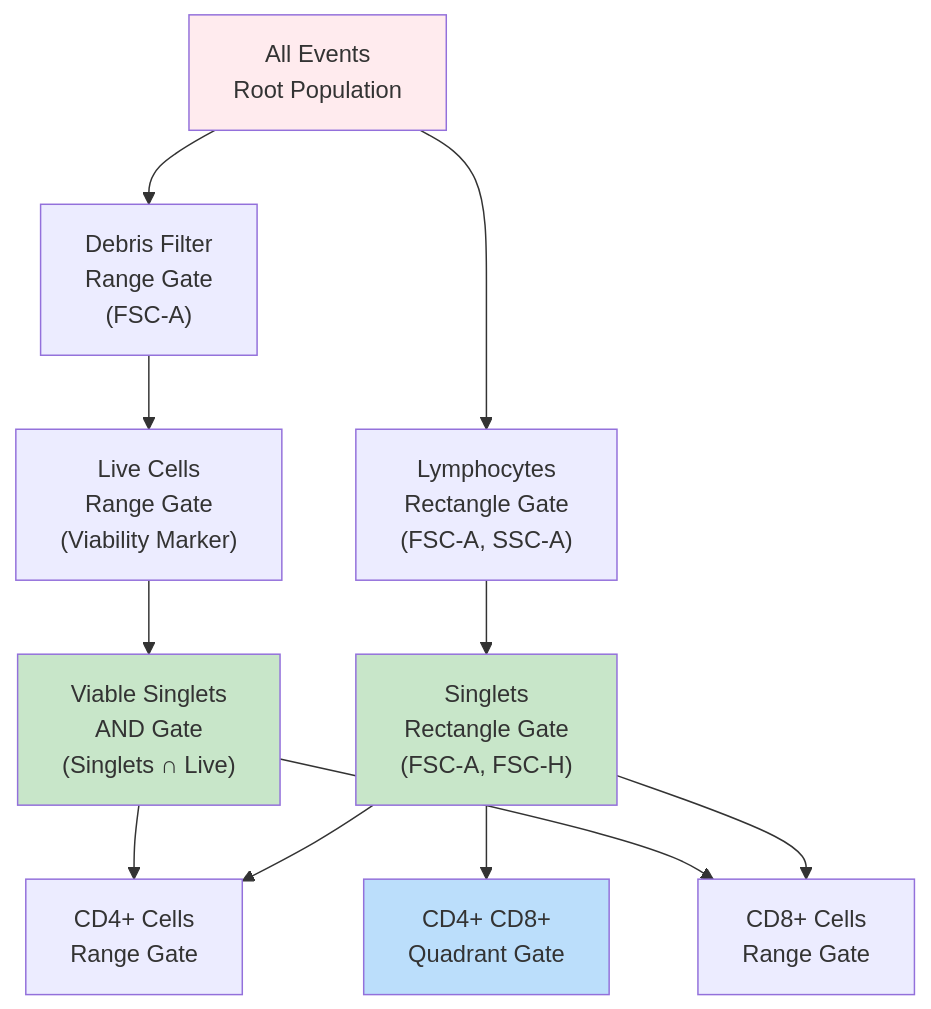
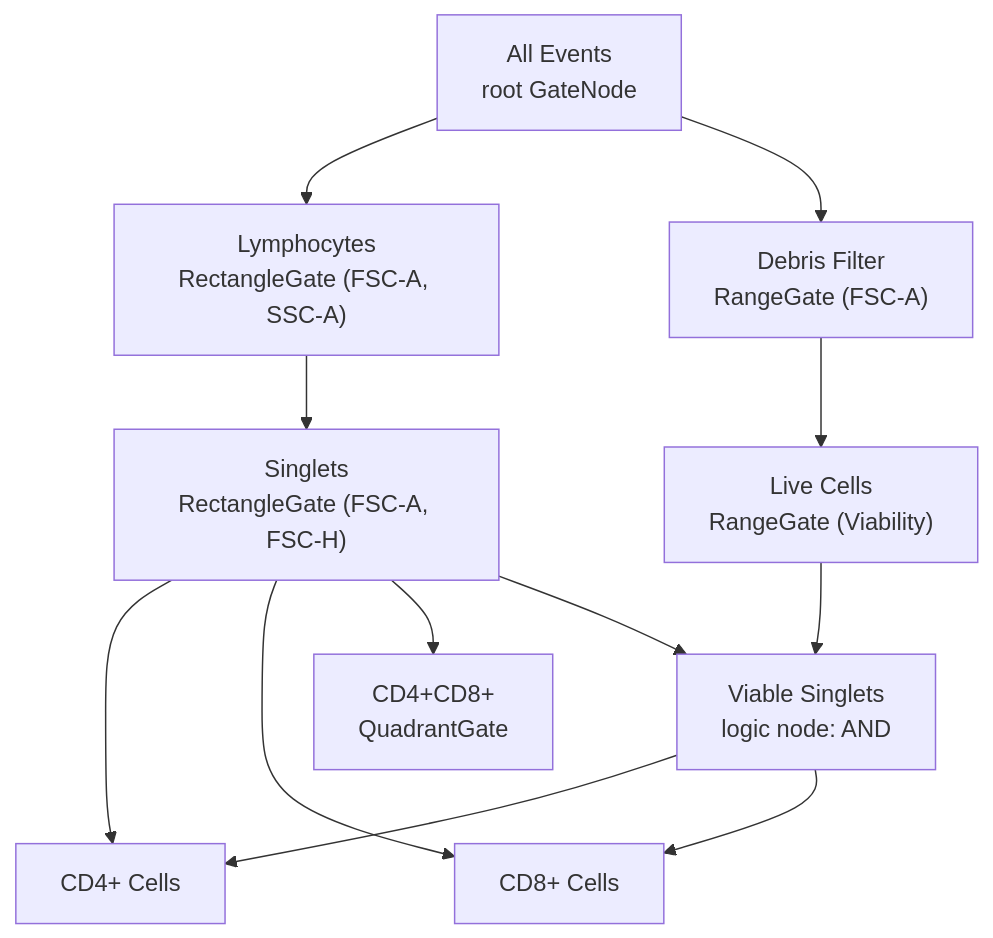
One commit to KalaimaranB/BioPro-flow-cytometry changed the fourth of 4 diagrams in docs/developer/00_ARCHITECTURE_OVERVIEW.md. Above: the diagram before and after it, drawn with Mermaid. The commit also changed other lines of this file and 53 other files, not shown here.

````diff
--- a/docs/developer/00_ARCHITECTURE_OVERVIEW.md
+++ b/docs/developer/00_ARCHITECTURE_OVERVIEW.md
@@ -195,24 +306,20 @@
 ```mermaid
 graph TD
-    ROOT["All Events<br/>Root Population"]
+    ROOT["All Events<br/>root GateNode"]
 
-    ROOT --> LYMPH["Lymphocytes<br/>Rectangle Gate<br/>(FSC-A, SSC-A)"]
-    ROOT --> DEBRIS["Debris Filter<br/>Range Gate<br/>(FSC-A)"]
+    ROOT --> LYMPH["Lymphocytes<br/>RectangleGate (FSC-A, SSC-A)"]
+    ROOT --> DEBRIS["Debris Filter<br/>RangeGate (FSC-A)"]
 
-    LYMPH --> SINGLETS["Singlets<br/>Rectangle Gate<br/>(FSC-A, FSC-H)"]
-    DEBRIS --> LIVE["Live Cells<br/>Range Gate<br/>(Viability Marker)"]
+    LYMPH --> SINGLETS["Singlets<br/>RectangleGate (FSC-A, FSC-H)"]
+    DEBRIS --> LIVE["Live Cells<br/>RangeGate (Viability)"]
 
-    SINGLETS --> CD4["CD4+ Cells<br/>Range Gate"]
-    SINGLETS --> CD8["CD8+ Cells<br/>Range Gate"]
-    SINGLETS --> DOUBLE["CD4+ CD8+<br/>Quadrant Gate"]
+    SINGLETS --> CD4["CD4+ Cells"]
+    SINGLETS --> CD8["CD8+ Cells"]
+    SINGLETS --> DOUBLE["CD4+CD8+<br/>QuadrantGate"]
 
-    LIVE --> VIABLE["Viable Singlets<br/>AND Gate<br/>(Singlets ∩ Live)"]
+    LIVE --> VIABLE["Viable Singlets<br/>logic node: AND"]
+    SINGLETS --> VIABLE
 
     VIABLE --> CD4
     VIABLE --> CD8
-
-    style ROOT fill:#ffebee
-    style SINGLETS fill:#c8e6c9
-    style VIABLE fill:#c8e6c9
-    style DOUBLE fill:#bbdefb
 ```
````
